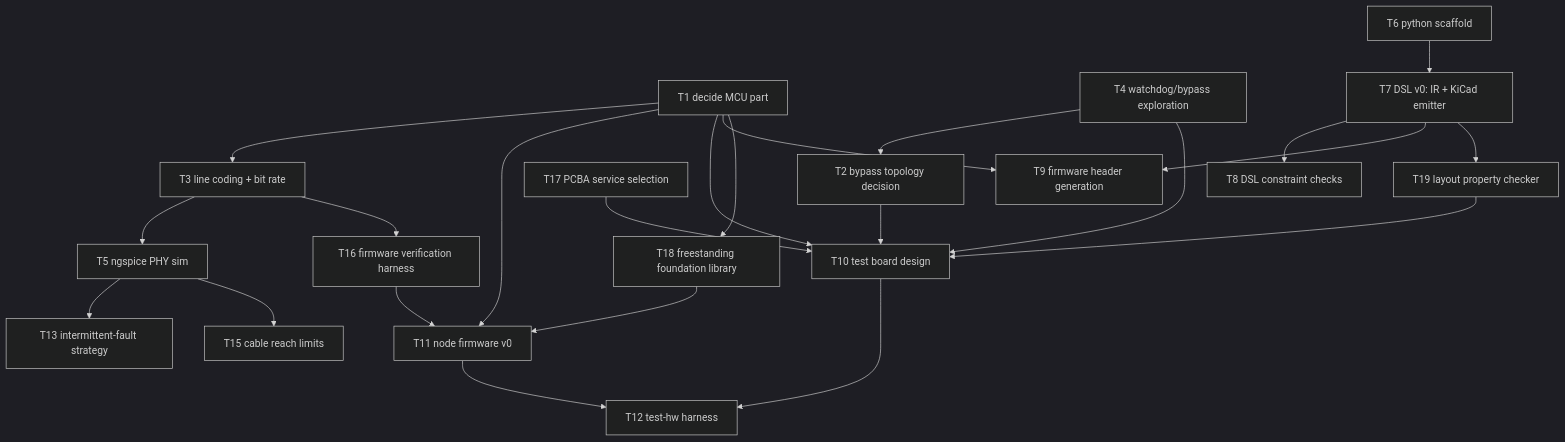
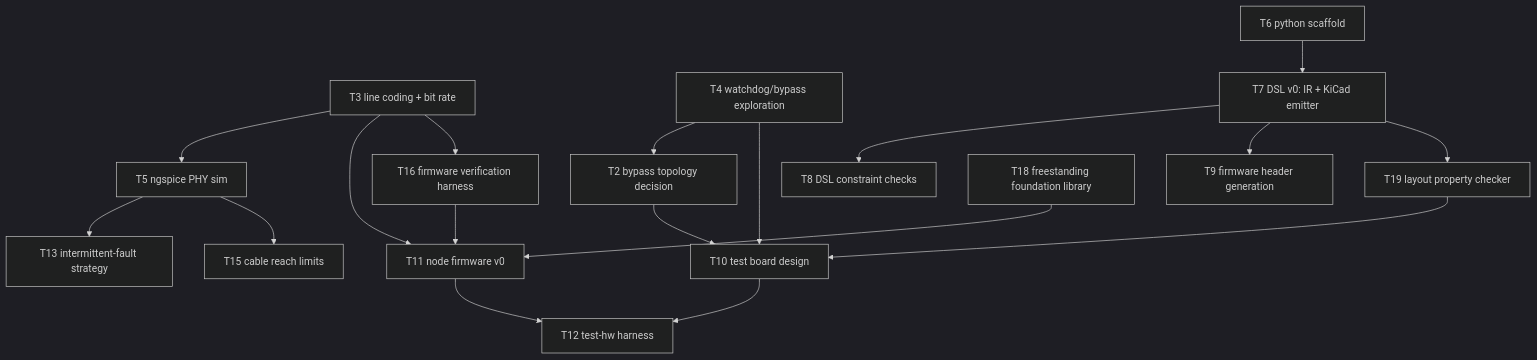
The diagram in KANBAN.md (kristofferkoch/oparroy), drawn with Mermaid (dark theme) before and after one commit. The commit also changed other lines of this file and 3 other files, not shown here.

First line of the commit message:
T1+T17: MCU split (CH32V003+RP2040), JLCPCB as PCBA; CI board 4-layer

````diff
--- a/KANBAN.md
+++ b/KANBAN.md
@@ -34,25 +34,20 @@
 ```mermaid
 graph TD
-    T1[T1 decide MCU part] --> T3[T3 line coding + bit rate]
-    T1 --> T11[T11 node firmware v0]
-    T3 --> T5[T5 ngspice PHY sim]
+    T3[T3 line coding + bit rate] --> T5[T5 ngspice PHY sim]
+    T3 --> T11[T11 node firmware v0]
     T5 --> T13[T13 intermittent-fault strategy]
     T4[T4 watchdog/bypass exploration] --> T2[T2 bypass topology decision]
-    T1 --> T10[T10 test board design]
-    T2 --> T10
+    T2 --> T10[T10 test board design]
     T4 --> T10
-    T17[T17 PCBA service selection] --> T10
     T19 --> T10
     T6[T6 python scaffold] --> T7[T7 DSL v0: IR + KiCad emitter]
     T7 --> T8[T8 DSL constraint checks]
     T7 --> T9[T9 firmware header generation]
     T7 --> T19[T19 layout property checker]
-    T1 --> T9
     T10 --> T12[T12 test-hw harness]
     T11 --> T12
     T5 --> T15[T15 cable reach limits]
     T3 --> T16[T16 firmware verification harness]
     T16 --> T11
-    T1 --> T18[T18 freestanding foundation library]
-    T18 --> T11
+    T18[T18 freestanding foundation library] --> T11
 ```
````
